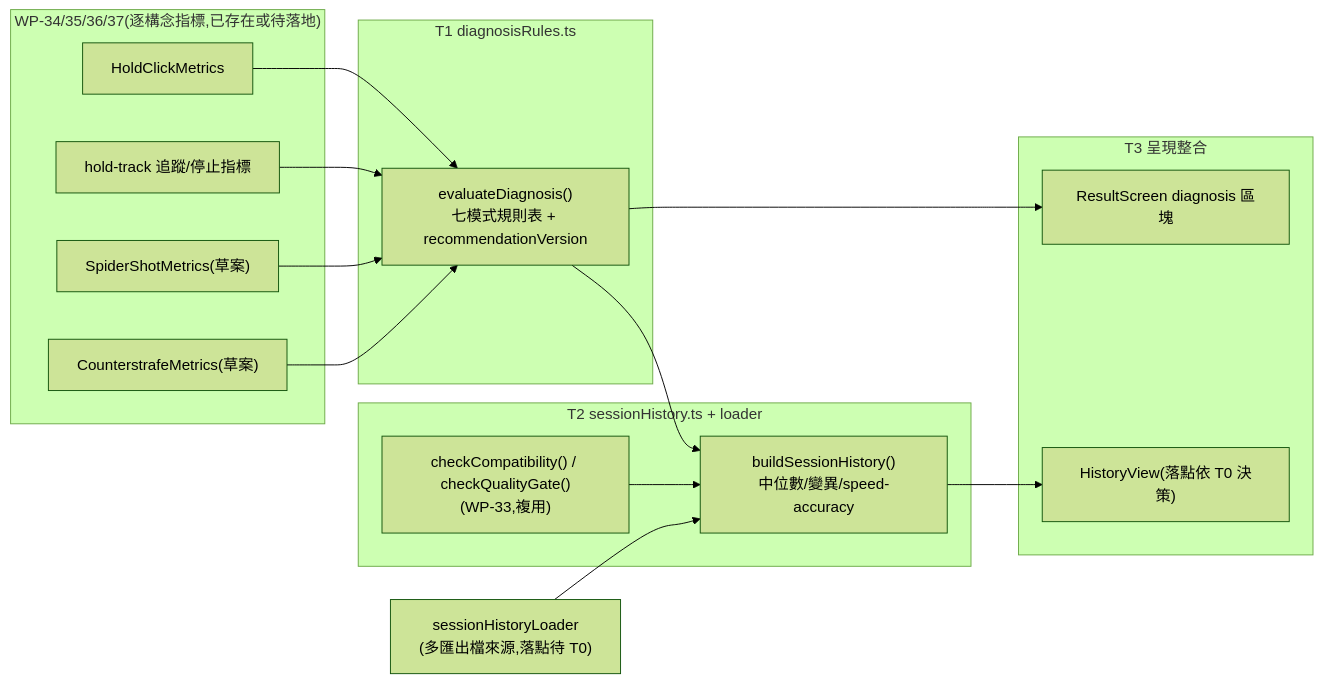
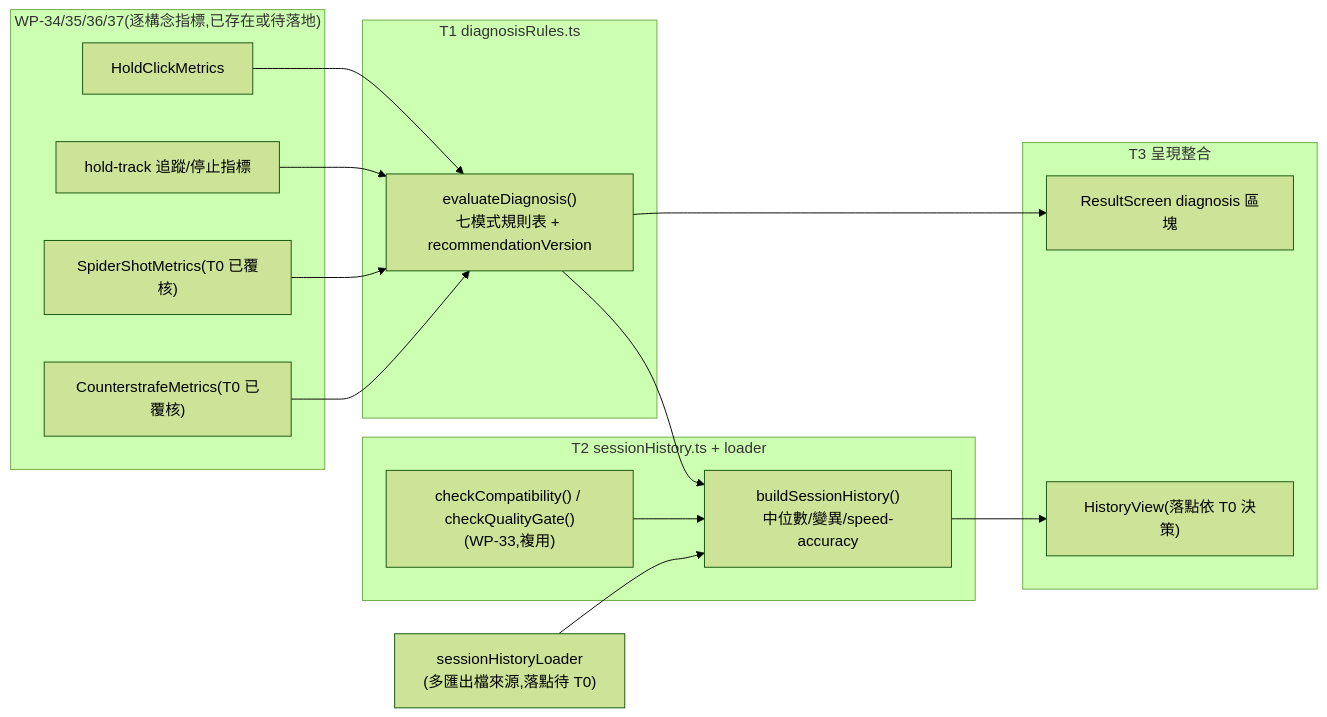
One commit to ziy900409/FPS_aim_analyst changed the diagram in docs/exec-plan/active/stage6/wp-38-diagnosis-recommendation/README.md. Above: the diagram before and after it, drawn with Mermaid (forest theme). The commit also changed other lines of this file and 3 other files, not shown here.

````diff
--- a/docs/exec-plan/active/stage6/wp-38-diagnosis-recommendation/README.md
+++ b/docs/exec-plan/active/stage6/wp-38-diagnosis-recommendation/README.md
@@ -67,26 +67,26 @@
 ```mermaid
 graph LR
   subgraph upstream["WP-34/35/36/37(逐構念指標,已存在或待落地)"]
     HC["HoldClickMetrics"]
     HT["hold-track 追蹤/停止指標"]
-    SS["SpiderShotMetrics(草案)"]
-    CS["CounterstrafeMetrics(草案)"]
+    SS["SpiderShotMetrics(T0 已覆核)"]
+    CS["CounterstrafeMetrics(T0 已覆核)"]
   end
   subgraph rules["T1 diagnosisRules.ts"]
     EV["evaluateDiagnosis()<br/>七模式規則表 + recommendationVersion"]
   end
   subgraph hist["T2 sessionHistory.ts + loader"]
     KEY["checkCompatibility() / checkQualityGate()<br/>(WP-33,複用)"]
     AGG["buildSessionHistory()<br/>中位數/變異/speed-accuracy"]
   end
   subgraph present["T3 呈現整合"]
     RS["ResultScreen diagnosis 區塊"]
     HV["HistoryView(落點依 T0 決策)"]
   end
   HC & HT & SS & CS --> EV
   EV --> RS
   EV --> AGG
   KEY --> AGG
   AGG --> HV
   LOADER["sessionHistoryLoader<br/>(多匯出檔來源,落點待 T0)"] --> AGG
 ```
````
